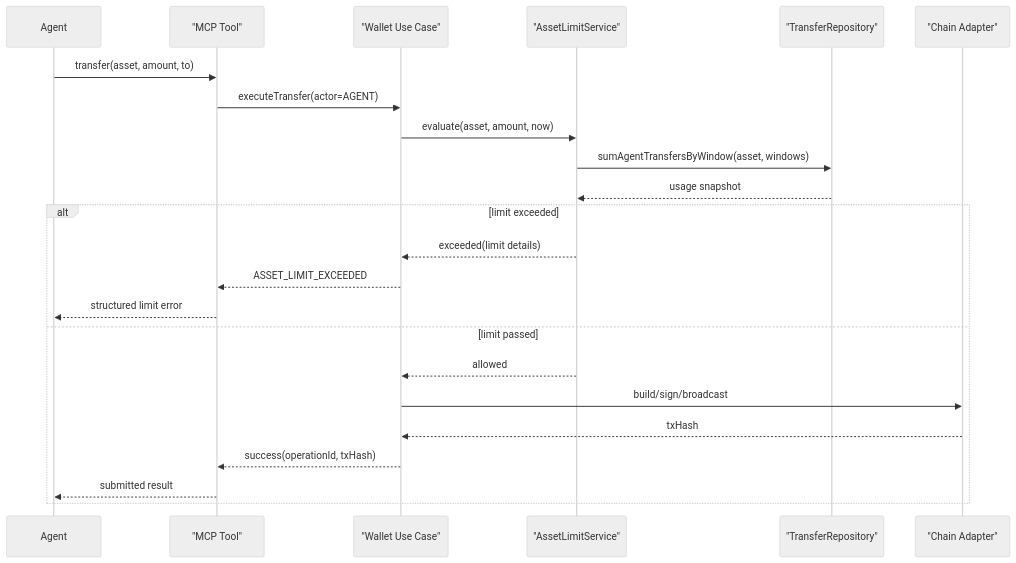
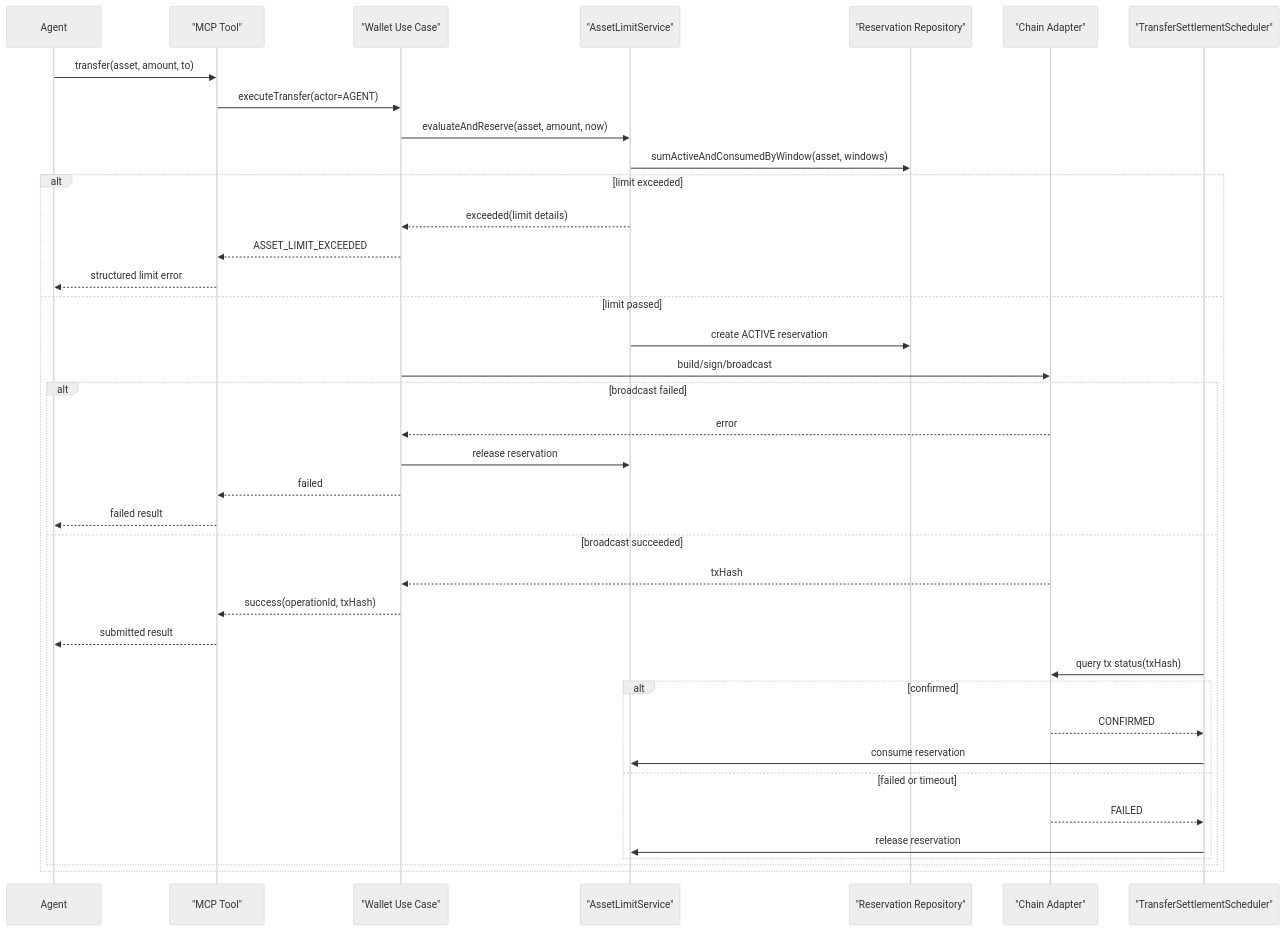
The diagram in design/architecture/adr/0001-asset-limit-enforcement.md (appfi5/SupeRISE-for-agent), drawn with Mermaid (neutral theme) before and after one commit. The commit also changed other lines of this file and 12 other files, not shown here.

Commit message:
docs(architecture): define transfer settlement and tx status design

````diff
--- a/design/architecture/adr/0001-asset-limit-enforcement.md
+++ b/design/architecture/adr/0001-asset-limit-enforcement.md
@@ -115,27 +146,42 @@
 ```mermaid
 sequenceDiagram
     participant Agent
     participant MCP as "MCP Tool"
     participant Wallet as "Wallet Use Case"
     participant Limit as "AssetLimitService"
-    participant Repo as "TransferRepository"
+    participant Repo as "Reservation Repository"
     participant Chain as "Chain Adapter"
+    participant Scheduler as "TransferSettlementScheduler"
 
     Agent->>MCP: transfer(asset, amount, to)
     MCP->>Wallet: executeTransfer(actor=AGENT)
-    Wallet->>Limit: evaluate(asset, amount, now)
-    Limit->>Repo: sumAgentTransfersByWindow(asset, windows)
-    Repo-->>Limit: usage snapshot
+    Wallet->>Limit: evaluateAndReserve(asset, amount, now)
+    Limit->>Repo: sumActiveAndConsumedByWindow(asset, windows)
 
     alt limit exceeded
         Limit-->>Wallet: exceeded(limit details)
         Wallet-->>MCP: ASSET_LIMIT_EXCEEDED
         MCP-->>Agent: structured limit error
     else limit passed
-        Limit-->>Wallet: allowed
+        Limit->>Repo: create ACTIVE reservation
         Wallet->>Chain: build/sign/broadcast
-        Chain-->>Wallet: txHash
-        Wallet-->>MCP: success(operationId, txHash)
-        MCP-->>Agent: submitted result
+        alt broadcast failed
+            Chain-->>Wallet: error
+            Wallet->>Limit: release reservation
+            Wallet-->>MCP: failed
+            MCP-->>Agent: failed result
+        else broadcast succeeded
+            Chain-->>Wallet: txHash
+            Wallet-->>MCP: success(operationId, txHash)
+            MCP-->>Agent: submitted result
+            Scheduler->>Chain: query tx status(txHash)
+            alt confirmed
+                Chain-->>Scheduler: CONFIRMED
+                Scheduler->>Limit: consume reservation
+            else failed or timeout
+                Chain-->>Scheduler: FAILED
+                Scheduler->>Limit: release reservation
+            end
+        end
     end
 ```
````
